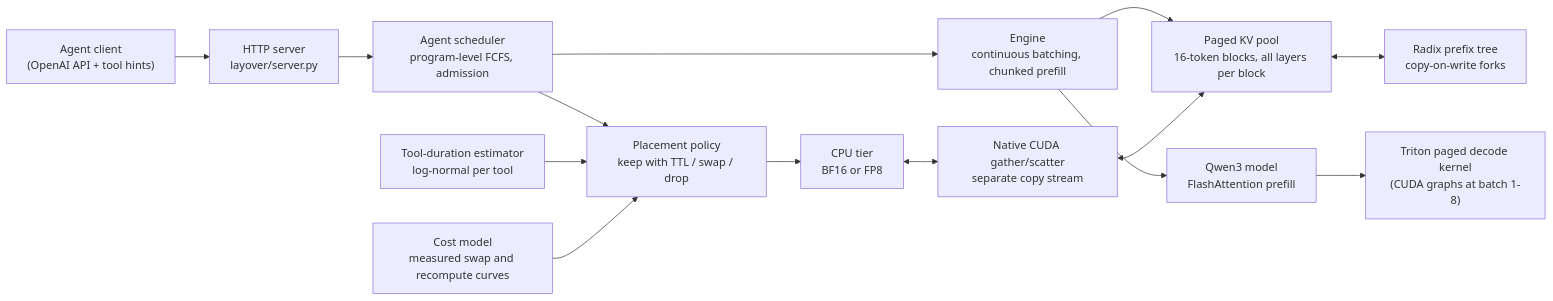
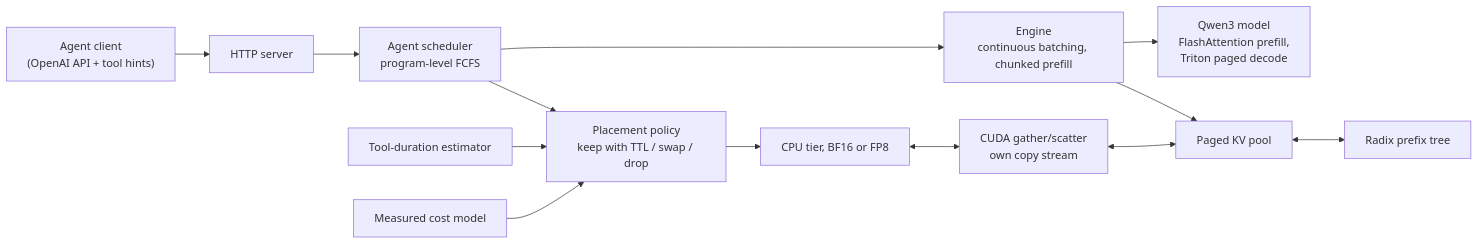
The diagram in README.md (CarlGergi/Layover), drawn with Mermaid before and after one commit. The commit also changed other lines of this file, not shown here.

````diff
--- a/README.md
+++ b/README.md
@@ -43,16 +37,15 @@
 ```mermaid
 flowchart LR
-    client["Agent client<br/>(OpenAI API + tool hints)"] --> server["HTTP server<br/>layover/server.py"]
-    server --> sched["Agent scheduler<br/>program-level FCFS, admission"]
+    client["Agent client<br/>(OpenAI API + tool hints)"] --> server["HTTP server"]
+    server --> sched["Agent scheduler<br/>program-level FCFS"]
     sched --> policy["Placement policy<br/>keep with TTL / swap / drop"]
-    est["Tool-duration estimator<br/>log-normal per tool"] --> policy
-    cost["Cost model<br/>measured swap and recompute curves"] --> policy
+    est["Tool-duration estimator"] --> policy
+    cost["Measured cost model"] --> policy
     sched --> engine["Engine<br/>continuous batching, chunked prefill"]
-    engine --> model["Qwen3 model<br/>FlashAttention prefill"]
-    model --> decode["Triton paged decode kernel<br/>(CUDA graphs at batch 1-8)"]
-    engine --> pool["Paged KV pool<br/>16-token blocks, all layers per block"]
-    pool <--> radix["Radix prefix tree<br/>copy-on-write forks"]
-    policy --> tier["CPU tier<br/>BF16 or FP8"]
-    tier <--> xfer["Native CUDA gather/scatter<br/>separate copy stream"]
+    engine --> model["Qwen3 model<br/>FlashAttention prefill,<br/>Triton paged decode"]
+    engine --> pool["Paged KV pool"]
+    pool <--> radix["Radix prefix tree"]
+    policy --> tier["CPU tier, BF16 or FP8"]
+    tier <--> xfer["CUDA gather/scatter<br/>own copy stream"]
     xfer <--> pool
 ```
````
